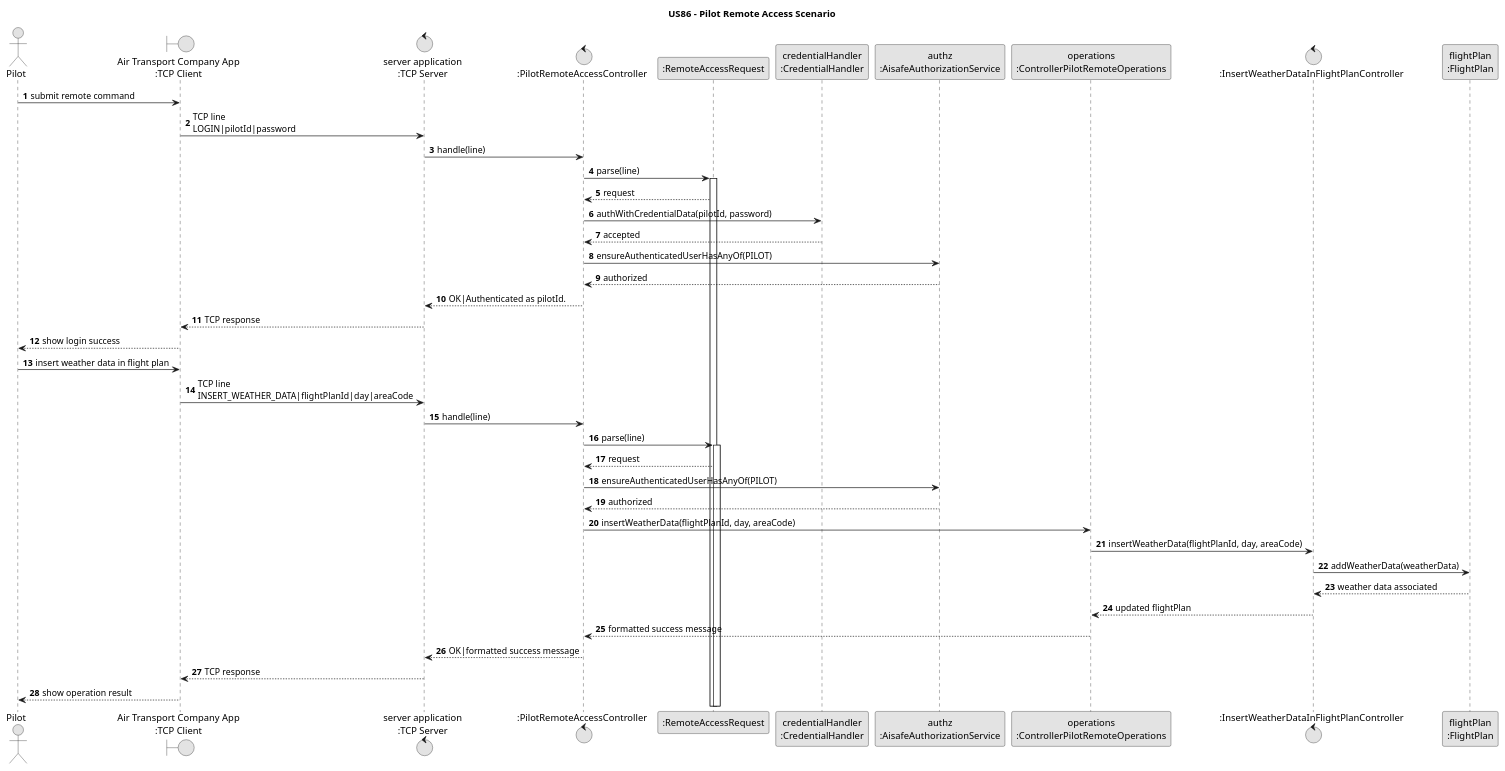
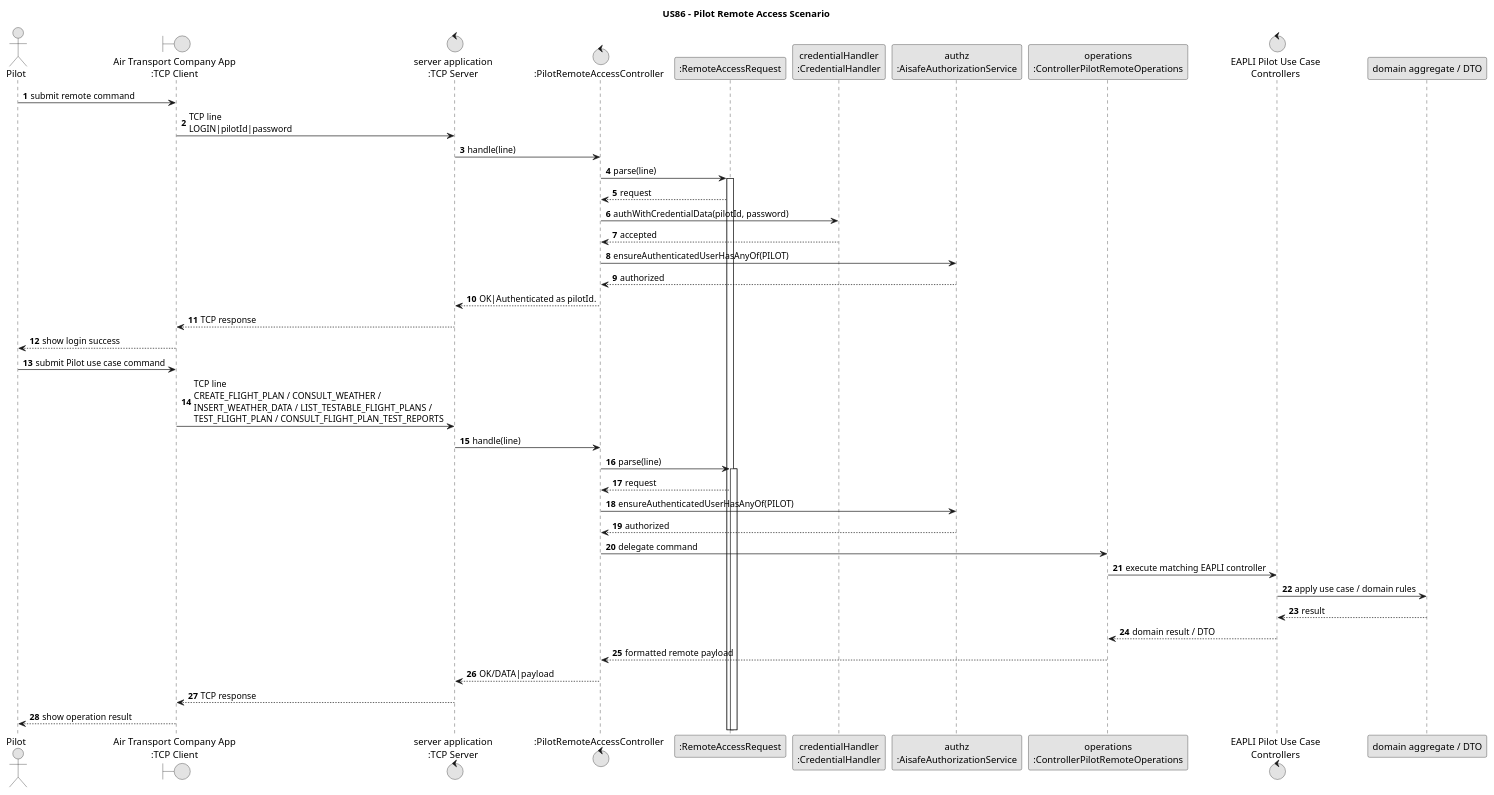
Before and after one commit to GustavoFerreira24/flight-management-platform: the diagram in docs/global-artifacts/03.design/puml/US86PilotRemoteAccess-SD.puml, drawn with PlantUML. The commit also changed 10 other files, not shown here.

Commit message:
US86 (Code) - Add createFlightPlan, listTestableFlightPlans, testFlightPlan, and consultFlightPlanTestReports methods to PilotRemoteOperations; update PilotRemoteAccessController and related tests to support new functionalities [#267]

```diff
--- a/docs/global-artifacts/03.design/puml/US86PilotRemoteAccess-SD.puml
+++ b/docs/global-artifacts/03.design/puml/US86PilotRemoteAccess-SD.puml
@@ -1,51 +1,51 @@
 @startuml
 title US86 - Pilot Remote Access Scenario
 
 skinparam monochrome true
 skinparam packageStyle rectangle
 skinparam shadowing false
 
 autonumber
 
 actor "Pilot" as Pilot
 boundary "Air Transport Company App\n:TCP Client" as Client
 control "server application\n:TCP Server" as Server
 control ":PilotRemoteAccessController" as RemoteC
 participant ":RemoteAccessRequest" as Request
 participant "credentialHandler\n:CredentialHandler" as Credentials
 participant "authz\n:AisafeAuthorizationService" as Authz
 participant "operations\n:ControllerPilotRemoteOperations" as Ops
-control ":InsertWeatherDataInFlightPlanController" as InsertC
-participant "flightPlan\n:FlightPlan" as FlightPlan
+control "EAPLI Pilot Use Case\nControllers" as EapliC
+participant "domain aggregate / DTO" as Result
 
 Pilot -> Client : submit remote command
 Client -> Server : TCP line\nLOGIN|pilotId|password
 Server -> RemoteC : handle(line)
 RemoteC -> Request ++ : parse(line)
 Request --> RemoteC : request
 RemoteC -> Credentials : authWithCredentialData(pilotId, password)
 Credentials --> RemoteC : accepted
 RemoteC -> Authz : ensureAuthenticatedUserHasAnyOf(PILOT)
 Authz --> RemoteC : authorized
 RemoteC --> Server : OK|Authenticated as pilotId.
 Server --> Client : TCP response
 Client --> Pilot : show login success
 
-Pilot -> Client : insert weather data in flight plan
-Client -> Server : TCP line\nINSERT_WEATHER_DATA|flightPlanId|day|areaCode
+Pilot -> Client : submit Pilot use case command
+Client -> Server : TCP line\nCREATE_FLIGHT_PLAN / CONSULT_WEATHER /\nINSERT_WEATHER_DATA / LIST_TESTABLE_FLIGHT_PLANS /\nTEST_FLIGHT_PLAN / CONSULT_FLIGHT_PLAN_TEST_REPORTS
 Server -> RemoteC : handle(line)
 RemoteC -> Request ++ : parse(line)
 Request --> RemoteC : request
 RemoteC -> Authz : ensureAuthenticatedUserHasAnyOf(PILOT)
 Authz --> RemoteC : authorized
-RemoteC -> Ops : insertWeatherData(flightPlanId, day, areaCode)
-Ops -> InsertC : insertWeatherData(flightPlanId, day, areaCode)
-InsertC -> FlightPlan : addWeatherData(weatherData)
-FlightPlan --> InsertC : weather data associated
-InsertC --> Ops : updated flightPlan
-Ops --> RemoteC : formatted success message
-RemoteC --> Server : OK|formatted success message
+RemoteC -> Ops : delegate command
+Ops -> EapliC : execute matching EAPLI controller
+EapliC -> Result : apply use case / domain rules
+Result --> EapliC : result
+EapliC --> Ops : domain result / DTO
+Ops --> RemoteC : formatted remote payload
+RemoteC --> Server : OK/DATA|payload
 Server --> Client : TCP response
 Client --> Pilot : show operation result
 
 @enduml
```
